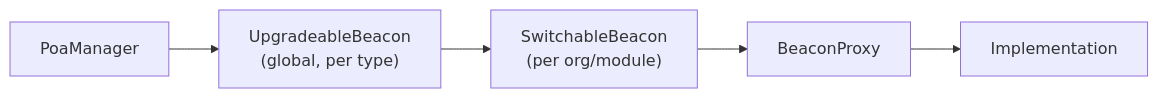
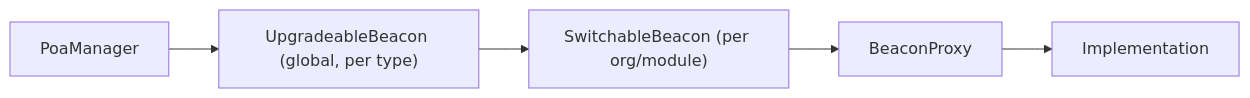
One commit to PerpetualOrganizationArchitect/POP changed the second of 3 diagrams in README.md. Above: the diagram before and after it, drawn with Mermaid. The commit also changed other lines of this file, not shown here.

Commit message:
docs: fix mermaid <br/> rendering literally on GitHub (#146)
GitHub's mermaid renderer was treating <br/> inside quoted node labels
as literal text rather than line breaks. Consolidate the multi-line
labels in the SwitchableBeacon chain and the Hats tree into single
lines so they render correctly.

````diff
--- a/README.md
+++ b/README.md
@@ -205,7 +205,7 @@
 ```mermaid
 flowchart LR
-    PoaManager --> UB["UpgradeableBeacon<br/>(global, per type)"]
-    UB --> SB["SwitchableBeacon<br/>(per org/module)"]
-    SB --> BP["BeaconProxy"]
-    BP --> Impl["Implementation"]
+    PoaManager --> UB["UpgradeableBeacon (global, per type)"]
+    UB --> SB["SwitchableBeacon (per org/module)"]
+    SB --> BP[BeaconProxy]
+    BP --> Impl[Implementation]
 ```
````
